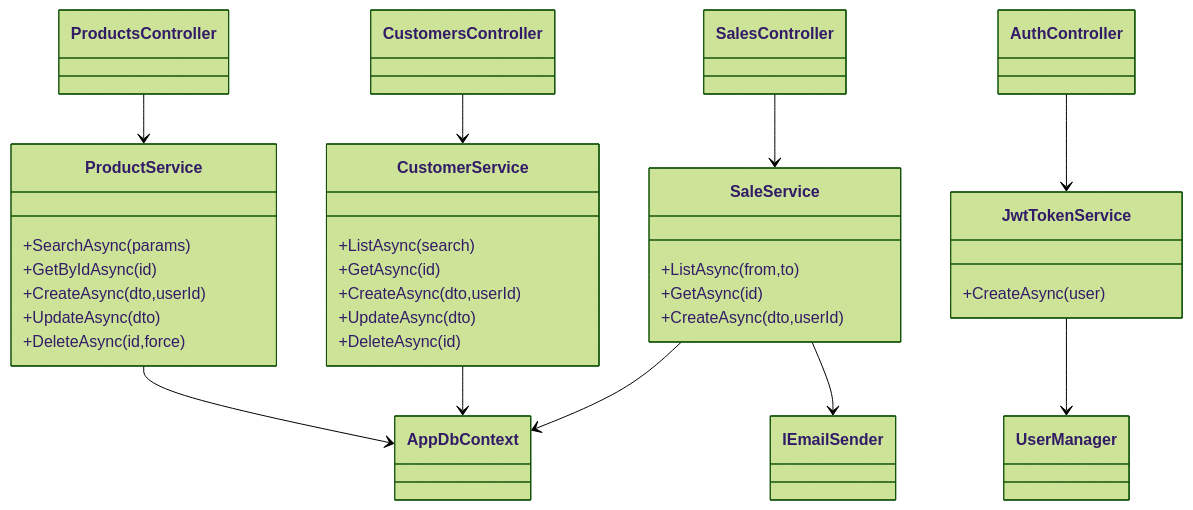
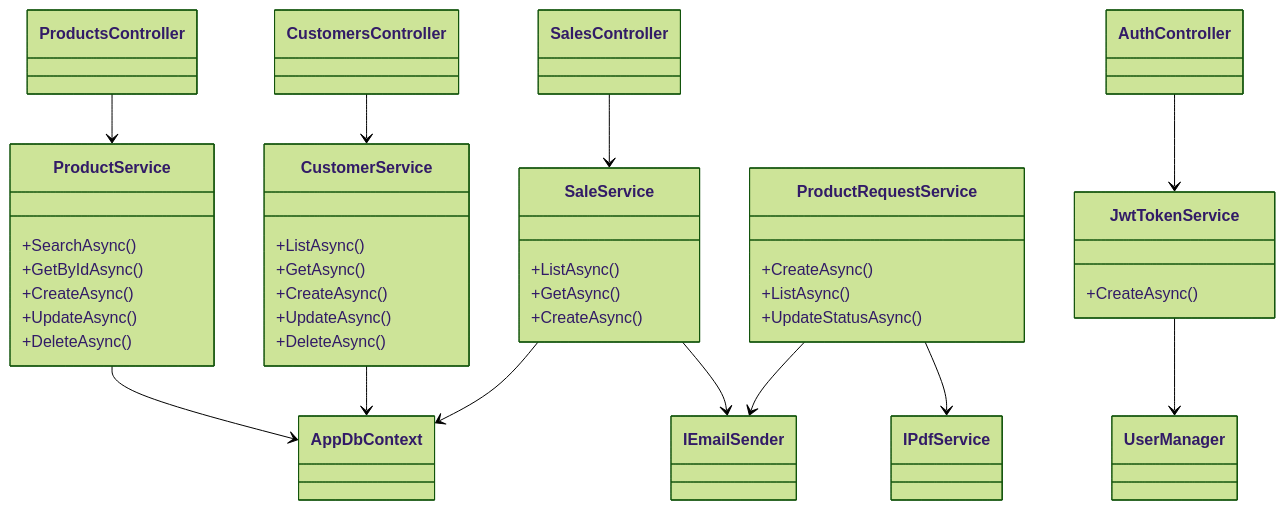
The second of 2 diagrams in README.md (RafaeRamirez/ProjectFirmeza), drawn with Mermaid (forest theme) before and after one commit. The commit also changed other lines of this file and 35 other files, not shown here.

````diff
--- a/README.md
+++ b/README.md
@@ -161,34 +133,41 @@
 ```mermaid
 classDiagram
     class ProductService {
-        +SearchAsync(params)
-        +GetByIdAsync(id)
-        +CreateAsync(dto,userId)
-        +UpdateAsync(dto)
-        +DeleteAsync(id,force)
+        +SearchAsync()
+        +GetByIdAsync()
+        +CreateAsync()
+        +UpdateAsync()
+        +DeleteAsync()
     }
     class CustomerService {
-        +ListAsync(search)
-        +GetAsync(id)
-        +CreateAsync(dto,userId)
-        +UpdateAsync(dto)
-        +DeleteAsync(id)
+        +ListAsync()
+        +GetAsync()
+        +CreateAsync()
+        +UpdateAsync()
+        +DeleteAsync()
     }
     class SaleService {
-        +ListAsync(from,to)
-        +GetAsync(id)
-        +CreateAsync(dto,userId)
+        +ListAsync()
+        +GetAsync()
+        +CreateAsync()
+    }
+    class ProductRequestService {
+        +CreateAsync()
+        +ListAsync()
+        +UpdateStatusAsync()
     }
     class JwtTokenService {
-        +CreateAsync(user)
+        +CreateAsync()
     }
     ProductService --> AppDbContext
     CustomerService --> AppDbContext
     SaleService --> AppDbContext
     SaleService --> IEmailSender
+    ProductRequestService --> IEmailSender
+    ProductRequestService --> IPdfService
     JwtTokenService --> UserManager
     ProductsController --> ProductService
     CustomersController --> CustomerService
     SalesController --> SaleService
     AuthController --> JwtTokenService
 ```
````
